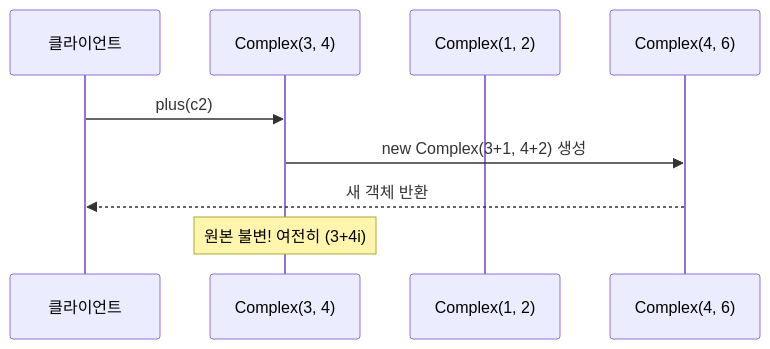
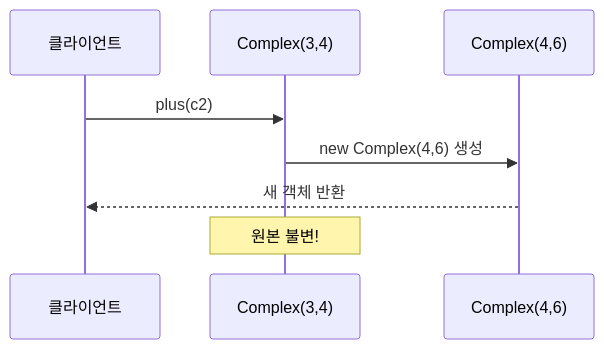
The second of 3 diagrams in _posts/java/2022-01-03-effective-java17.md (yjkim2015/yjkim2015.github.io), drawn with Mermaid before and after one commit. The commit also changed other lines of this file and 155 other files, not shown here.

First line of the commit message:
Mermaid 전면 수정: subgraph 제거, participant/노드/줄수 축소 (342블록)

````diff
--- a/_posts/java/2022-01-03-effective-java17.md
+++ b/_posts/java/2022-01-03-effective-java17.md
@@ -81,11 +81,10 @@
 ```mermaid
 sequenceDiagram
     participant Client as 클라이언트
-    participant C1 as Complex(3, 4)
-    participant C2 as Complex(1, 2)
-    participant Result as Complex(4, 6)
+    participant C1 as Complex(3,4)
+    participant Result as Complex(4,6)
     Client->>C1: plus(c2)
-    C1->>Result: new Complex(3+1, 4+2) 생성
+    C1->>Result: new Complex(4,6) 생성
     Result-->>Client: 새 객체 반환
-    Note over C1: 원본 불변! 여전히 (3+4i)
+    Note over C1: 원본 불변!
 ```
````
